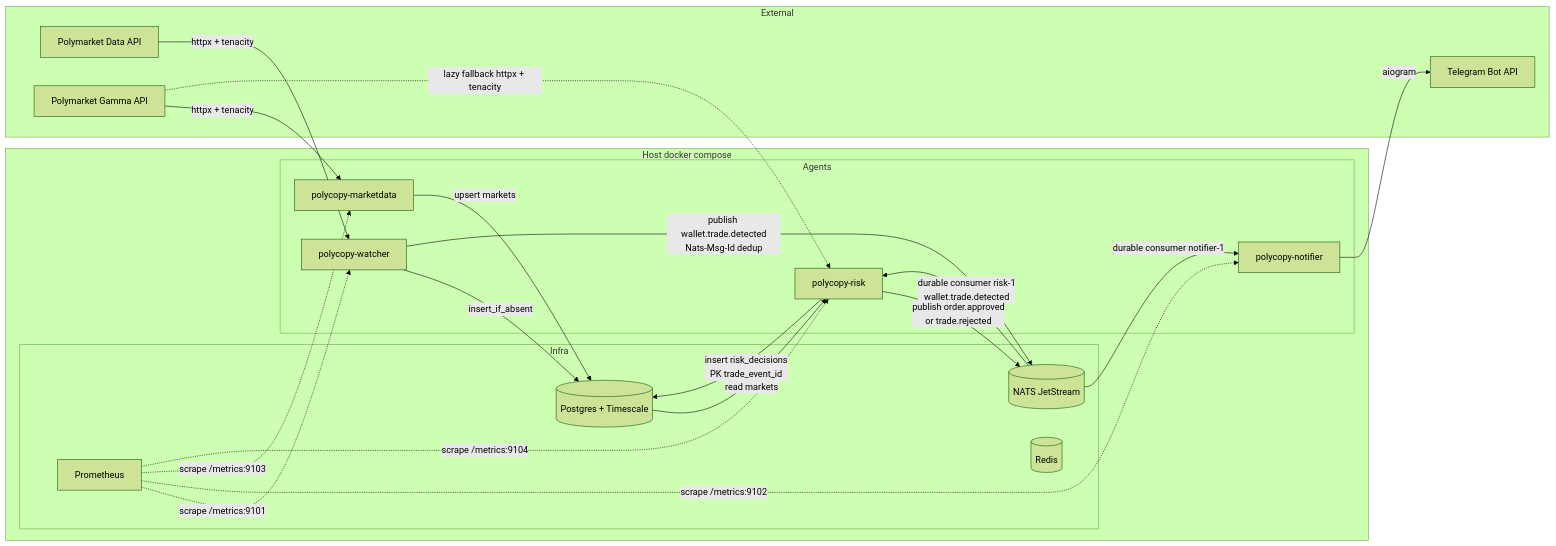
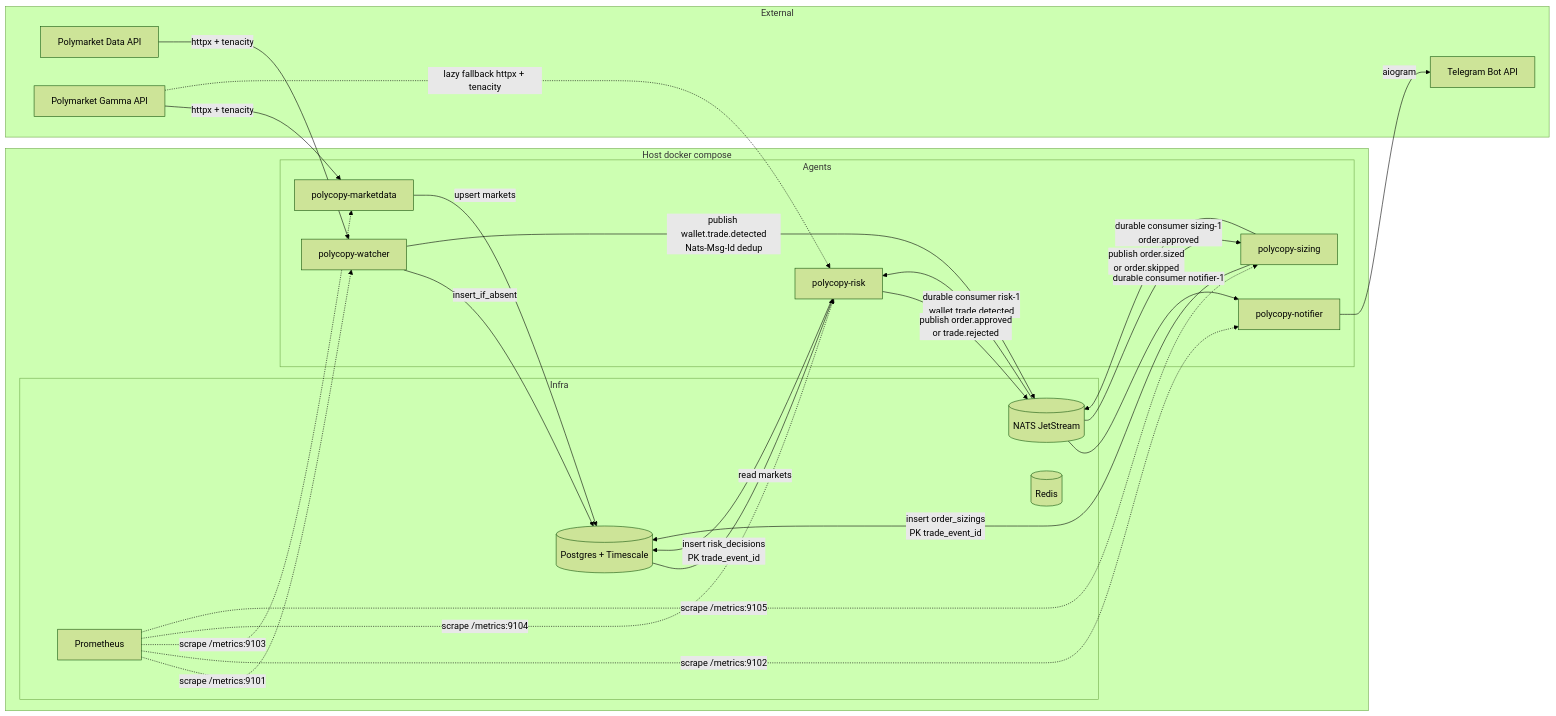
One commit to estevaogn/polycopy-trading changed the diagram in ARCHITECTURE.md. Above: the diagram before and after it, drawn with Mermaid (forest theme). The commit also changed other lines of this file and 2 other files, not shown here.

First line of the commit message:
feat(deploy): containerize sizing agent and wire Prometheus scrape

````diff
--- a/ARCHITECTURE.md
+++ b/ARCHITECTURE.md
@@ -9,41 +9,46 @@
 ```mermaid
 flowchart LR
     subgraph external[External]
         PM[Polymarket Data API]
         GAMMA[Polymarket Gamma API]
         TG[Telegram Bot API]
     end
 
     subgraph host[Host docker compose]
         subgraph infra[Infra]
             PG[(Postgres + Timescale)]
             NATS[(NATS JetStream)]
             REDIS[(Redis)]
             PROM[Prometheus]
         end
 
         subgraph agents[Agents]
             W[polycopy-watcher]
             N[polycopy-notifier]
             M[polycopy-marketdata]
             R[polycopy-risk]
+            S[polycopy-sizing]
         end
     end
 
     PM -->|httpx + tenacity| W
     W -->|insert_if_absent| PG
     W -->|publish wallet.trade.detected\nNats-Msg-Id dedup| NATS
     NATS -->|durable consumer notifier-1| N
     N -->|aiogram| TG
     GAMMA -->|httpx + tenacity| M
     M -->|upsert markets| PG
     NATS -->|durable consumer risk-1\nwallet.trade.detected| R
     PG -->|read markets| R
     GAMMA -.->|lazy fallback httpx + tenacity| R
     R -->|insert risk_decisions\nPK trade_event_id| PG
     R -->|publish order.approved\nor trade.rejected| NATS
+    NATS -->|durable consumer sizing-1\norder.approved| S
+    S -->|insert order_sizings\nPK trade_event_id| PG
+    S -->|publish order.sized\nor order.skipped| NATS
     PROM -.->|scrape /metrics:9101| W
     PROM -.->|scrape /metrics:9102| N
     PROM -.->|scrape /metrics:9103| M
     PROM -.->|scrape /metrics:9104| R
+    PROM -.->|scrape /metrics:9105| S
 ```
````
